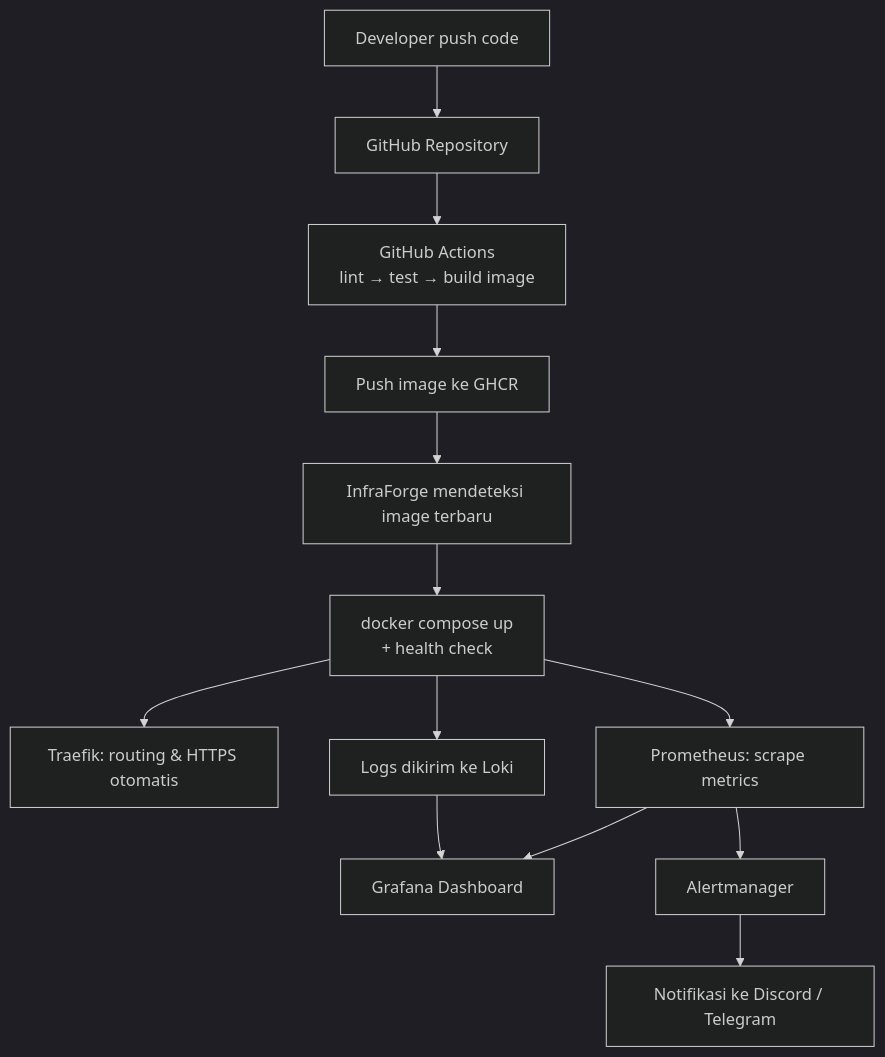
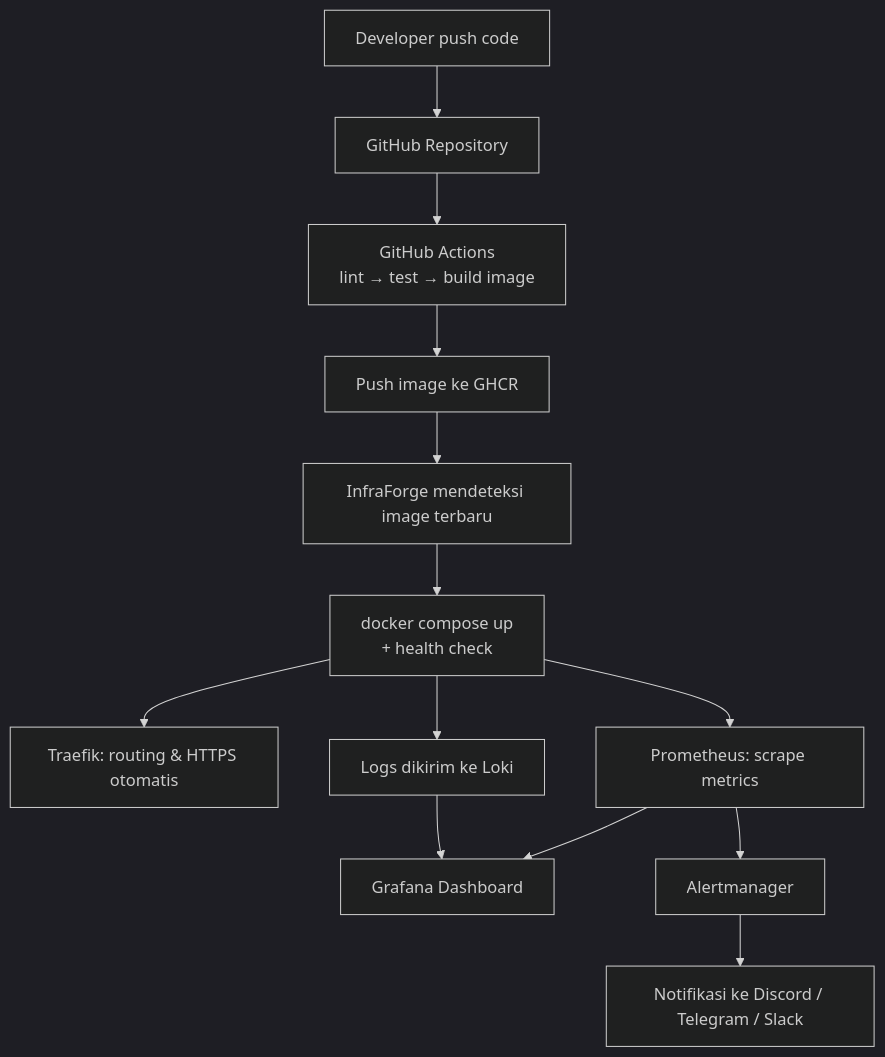
The first of 2 diagrams in README.md (Varaaa-arch/InfraForge), drawn with Mermaid (dark theme) before and after one commit. The commit also changed other lines of this file and 1 other file, not shown here.

````diff
--- a/README.md
+++ b/README.md
@@ -52,15 +53,15 @@
 ```mermaid
 flowchart TD
     A[Developer push code] --> B[GitHub Repository]
     B --> C["GitHub Actions<br/>lint → test → build image"]
     C --> D[Push image ke GHCR]
     D --> E[InfraForge mendeteksi image terbaru]
     E --> F["docker compose up<br/>+ health check"]
     F --> G[Traefik: routing & HTTPS otomatis]
     F --> H[Prometheus: scrape metrics]
     F --> I[Logs dikirim ke Loki]
     H --> J[Grafana Dashboard]
     I --> J
     H --> K[Alertmanager]
-    K --> L["Notifikasi ke Discord / Telegram"]
+    K --> L["Notifikasi ke Discord / Telegram / Slack"]
 ```
````
